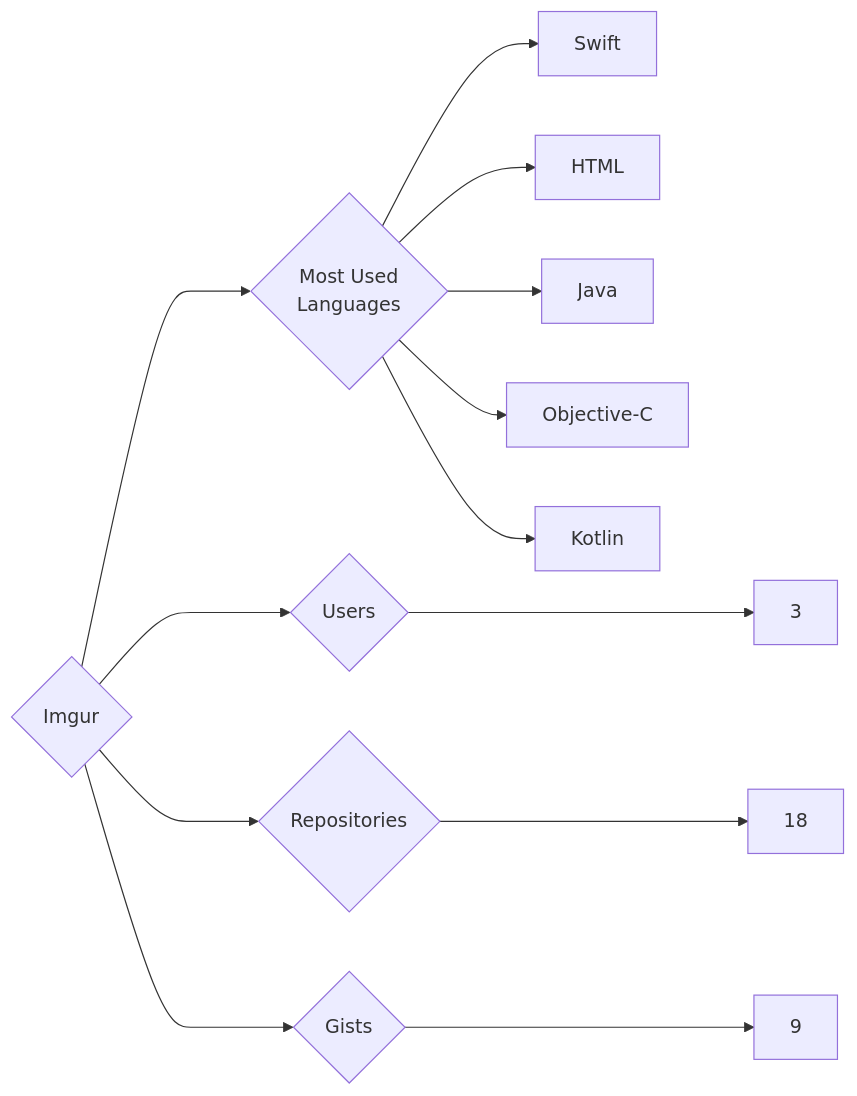
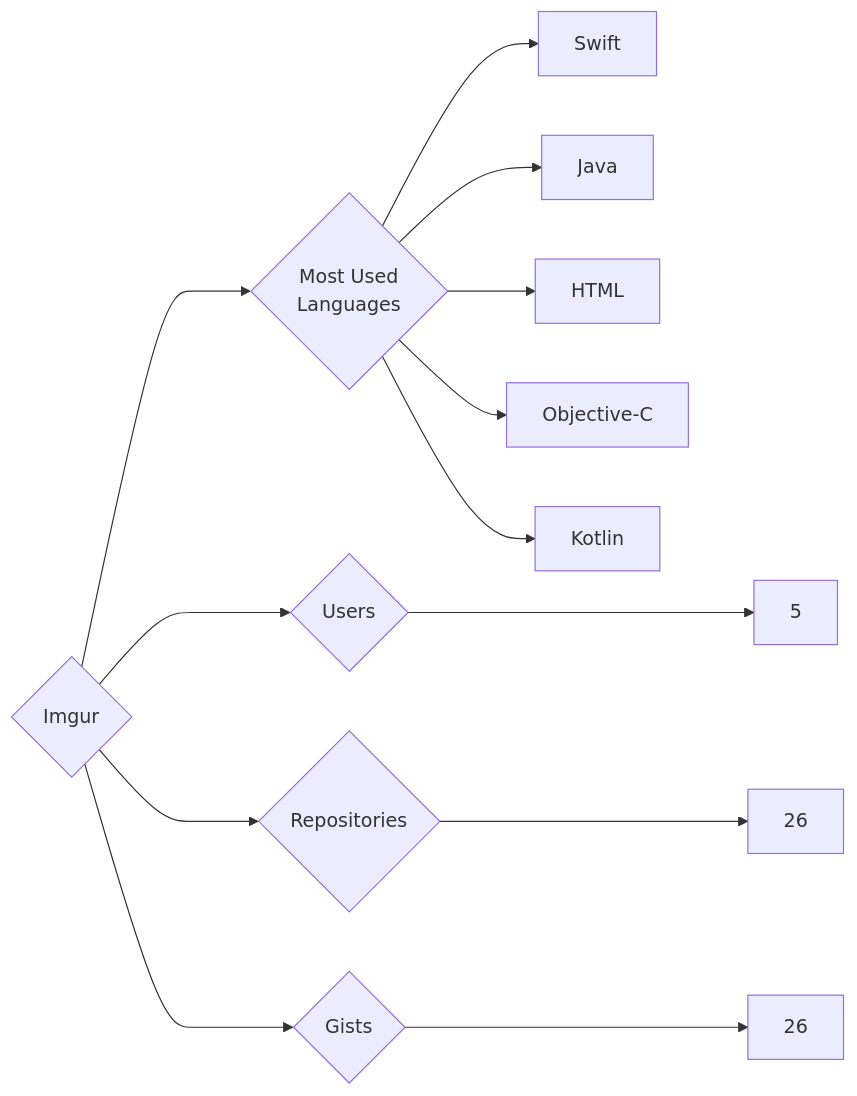
Before and after one commit to trickest/insiders: the diagram in targets/Imgur/README.md, drawn with Mermaid. The commit also changed 888 other files, not shown here.

````diff
--- a/targets/Imgur/README.md
+++ b/targets/Imgur/README.md
@@ -3,13 +3,13 @@
 ```mermaid
 graph LR
 COMPANY_NAME{Imgur}
-COMPANY_NAME ---> U{Users} ---> UN[3]
-COMPANY_NAME ---> R{Repositories} ---> RN[18]
-COMPANY_NAME ---> G{Gists} ---> GN[9]
+COMPANY_NAME ---> U{Users} ---> UN[5]
+COMPANY_NAME ---> R{Repositories} ---> RN[26]
+COMPANY_NAME ---> G{Gists} ---> GN[26]
 COMPANY_NAME ---> ML{Most Used<br>Languages}
 ML --> Swift[Swift]
+ML --> Java[Java]
 ML --> HTML[HTML]
-ML --> Java[Java]
 ML --> Objective-C[Objective-C]
 ML --> Kotlin[Kotlin]
 ```
````
